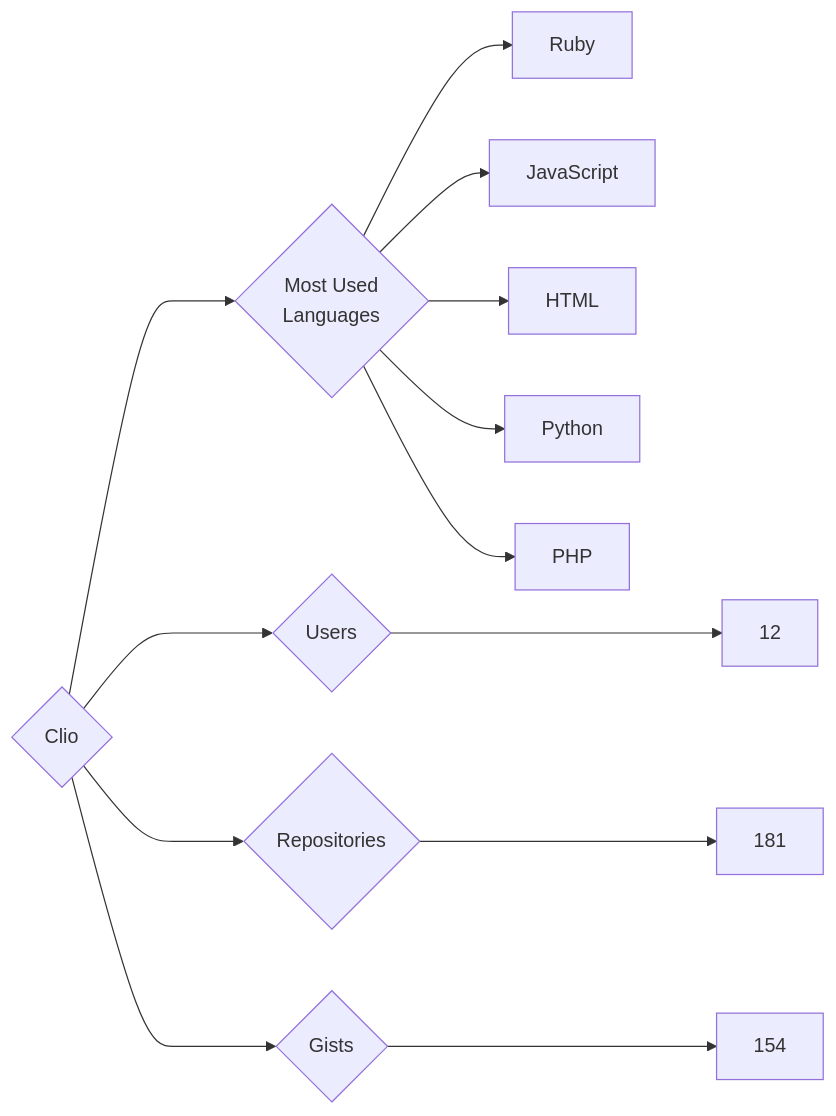
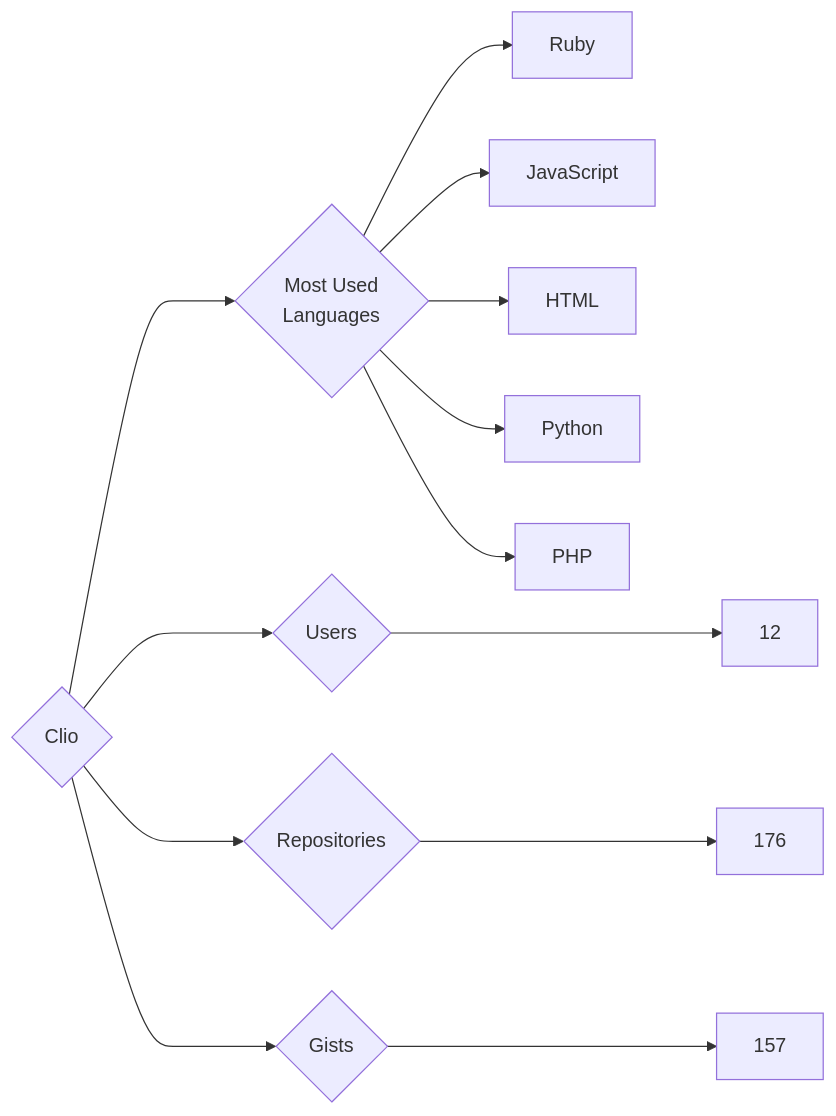
Before and after one commit to trickest/insiders: the diagram in targets/Clio/README.md, drawn with Mermaid. The commit also changed 927 other files, not shown here.

````diff
--- a/targets/Clio/README.md
+++ b/targets/Clio/README.md
@@ -3,13 +3,13 @@
 ```mermaid
 graph LR
 COMPANY_NAME{Clio}
 COMPANY_NAME ---> U{Users} ---> UN[12]
-COMPANY_NAME ---> R{Repositories} ---> RN[181]
-COMPANY_NAME ---> G{Gists} ---> GN[154]
+COMPANY_NAME ---> R{Repositories} ---> RN[176]
+COMPANY_NAME ---> G{Gists} ---> GN[157]
 COMPANY_NAME ---> ML{Most Used<br>Languages}
 ML --> Ruby[Ruby]
 ML --> JavaScript[JavaScript]
 ML --> HTML[HTML]
 ML --> Python[Python]
 ML --> PHP[PHP]
 ```
````
